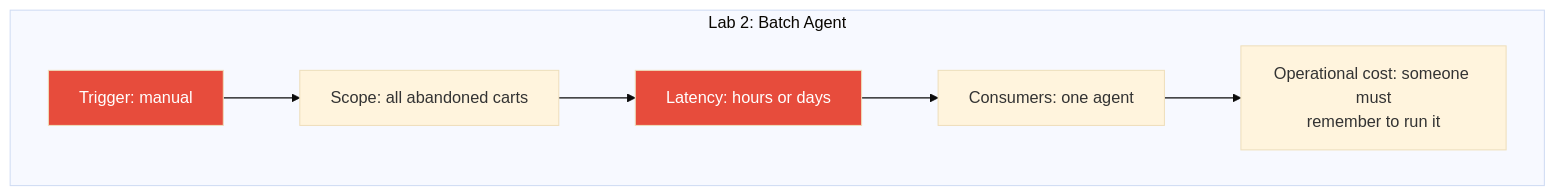
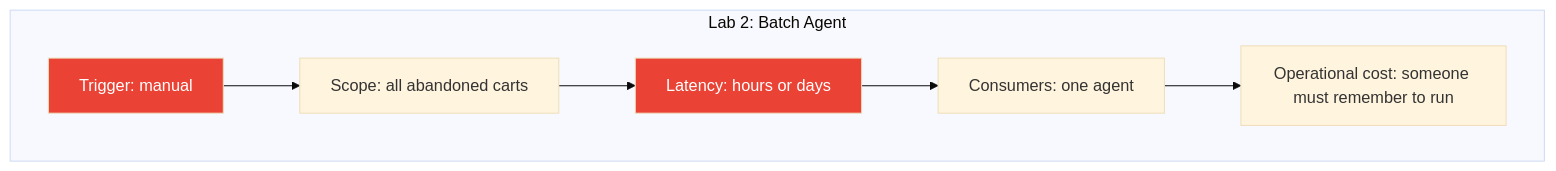
Before and after one commit to dambor/workshop-platform: the sixth of 11 diagrams in public/workshops/workshop-retail.md, drawn with Mermaid (base theme). The commit also changed other lines of this file and 150 other files, not shown here.

````diff
--- a/public/workshops/workshop-retail.md
+++ b/public/workshops/workshop-retail.md
@@ -708,12 +835,12 @@
 ```mermaid
 graph TD
     subgraph Batch["Lab 2: Batch Agent"]
         B1[Trigger: manual] --> B2[Scope: all abandoned carts]
         B2 --> B3[Latency: hours or days]
         B3 --> B4[Consumers: one agent]
-        B4 --> B5[Operational cost: someone must\nremember to run it]
+        B4 --> B5[Operational cost: someone must remember to run]
     end
 
-    style B1 fill:#e74c3c,color:#fff
-    style B3 fill:#e74c3c,color:#fff
+    style B1 fill:#EA4335,color:#fff
+    style B3 fill:#EA4335,color:#fff
 ```
````
